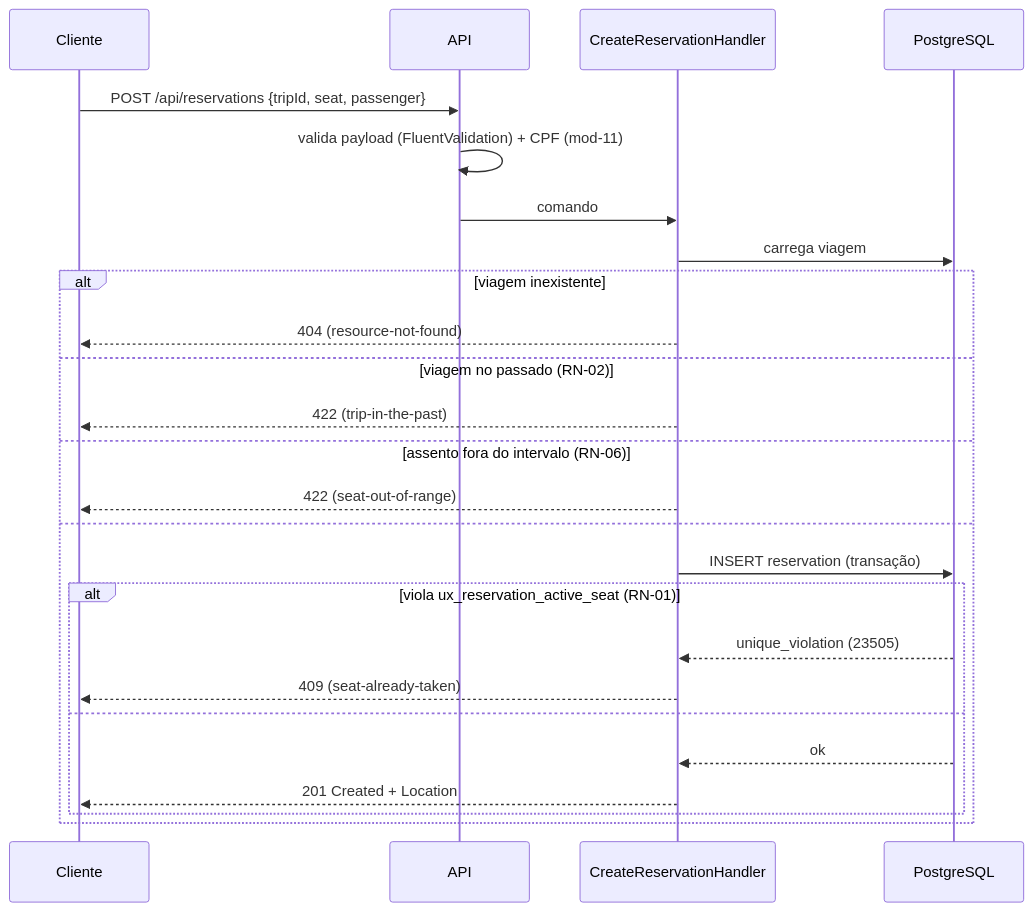
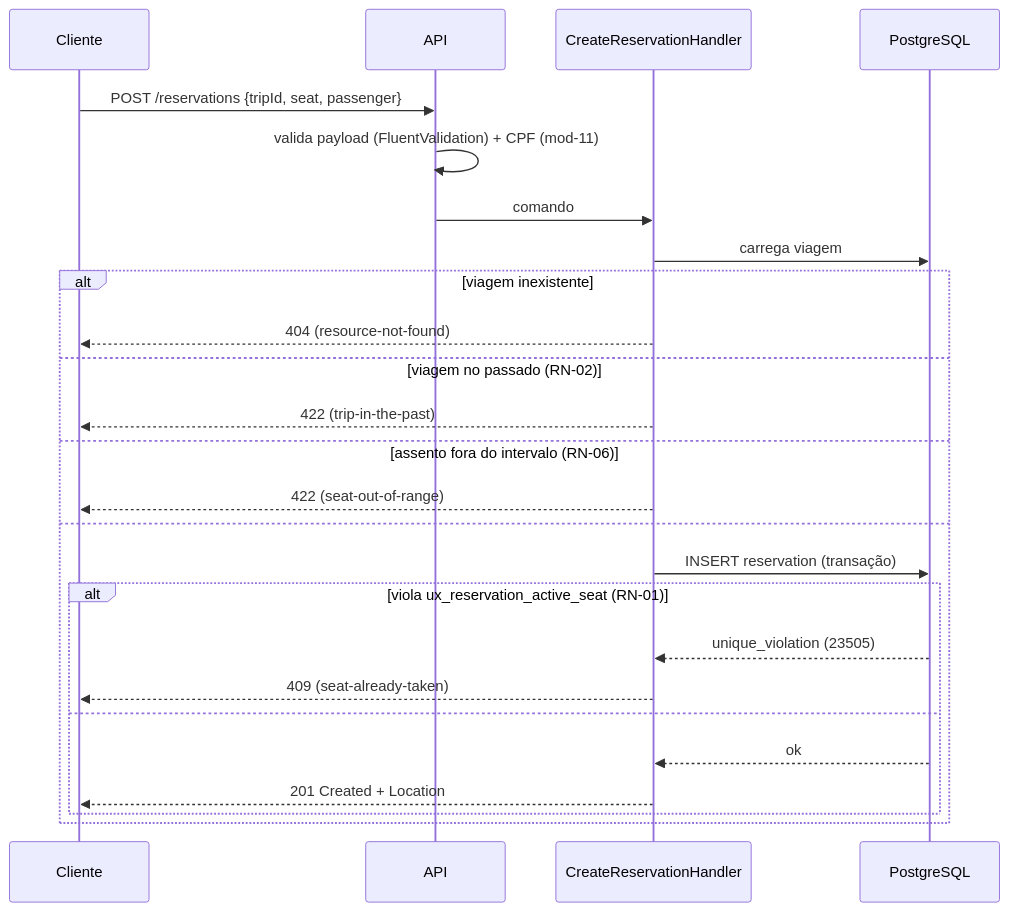
Before and after one commit to medinasp/OniBus-Express: the first of 3 diagrams in docs/plan.md, drawn with Mermaid. The commit also changed 28 other files, not shown here.

````diff
--- a/docs/plan.md
+++ b/docs/plan.md
@@ -116,27 +116,27 @@
 ```mermaid
 sequenceDiagram
     participant C as Cliente
     participant A as API
     participant H as CreateReservationHandler
     participant DB as PostgreSQL
-    C->>A: POST /api/reservations {tripId, seat, passenger}
+    C->>A: POST /reservations {tripId, seat, passenger}
     A->>A: valida payload (FluentValidation) + CPF (mod-11)
     A->>H: comando
     H->>DB: carrega viagem
     alt viagem inexistente
         H-->>C: 404 (resource-not-found)
     else viagem no passado (RN-02)
         H-->>C: 422 (trip-in-the-past)
     else assento fora do intervalo (RN-06)
         H-->>C: 422 (seat-out-of-range)
     else
         H->>DB: INSERT reservation (transação)
         alt viola ux_reservation_active_seat (RN-01)
             DB-->>H: unique_violation (23505)
             H-->>C: 409 (seat-already-taken)
         else
             DB-->>H: ok
             H-->>C: 201 Created + Location
         end
     end
 ```
````
